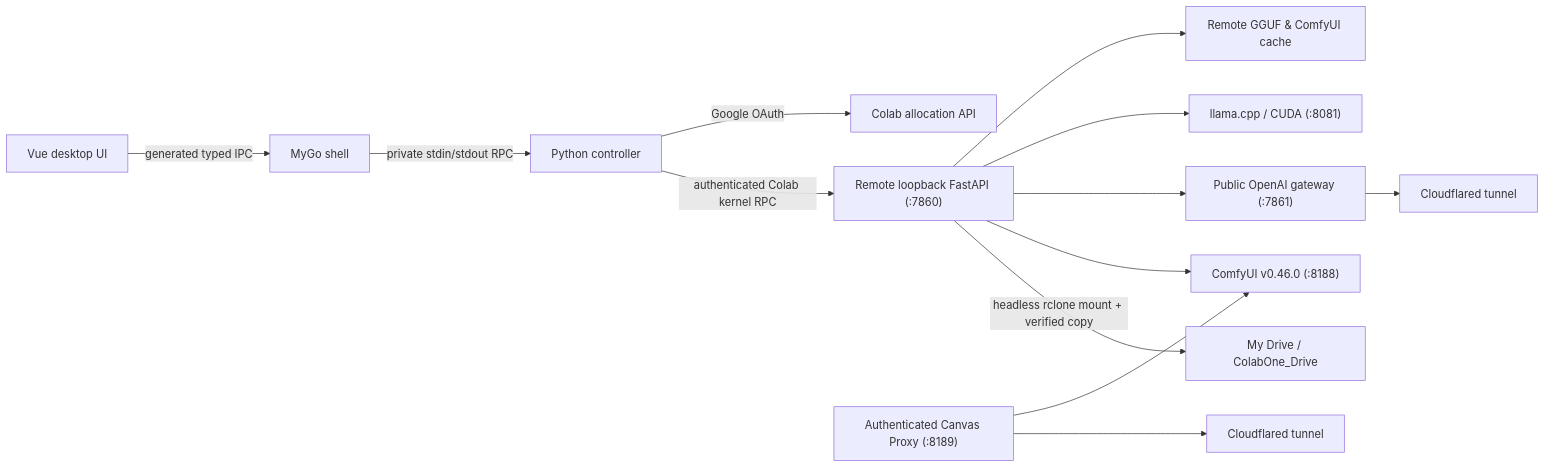
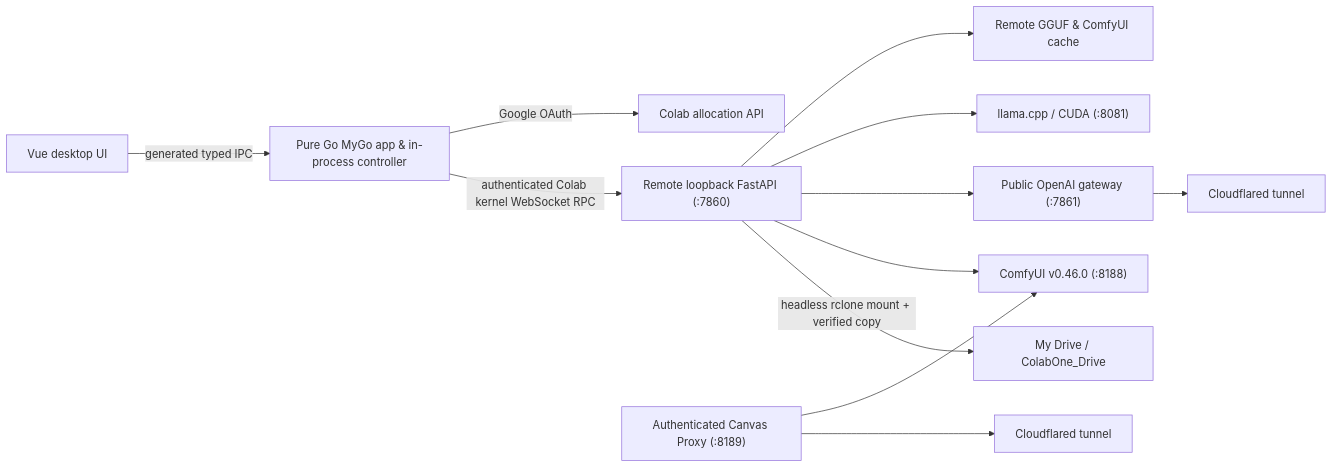
Before and after one commit to luolongfei/ColabOne: the diagram in docs/architecture.md, drawn with Mermaid. The commit also changed other lines of this file and 154 other files, not shown here.

First line of the commit message:
refactor: migrate desktop client to pure Go single binary with MyGo v0.10.0

````diff
--- a/docs/architecture.md
+++ b/docs/architecture.md
@@ -3,15 +3,14 @@
 ```mermaid
 flowchart LR
-  UI[Vue desktop UI] -->|generated typed IPC| Go[MyGo shell]
-  Go -->|private stdin/stdout RPC| Bridge[Python controller]
-  Bridge -->|Google OAuth| Colab[Colab allocation API]
-  Bridge -->|authenticated Colab kernel RPC| API["Remote loopback FastAPI (:7860)"]
+  UI[Vue desktop UI] -->|generated typed IPC| Go["Pure Go MyGo app & in-process controller"]
+  Go -->|Google OAuth| Colab[Colab allocation API]
+  Go -->|authenticated Colab kernel WebSocket RPC| API["Remote loopback FastAPI (:7860)"]
   API --> Cache[Remote GGUF & ComfyUI cache]
   API --> Llama["llama.cpp / CUDA (:8081)"]
   API --> PublicAPI["Public OpenAI gateway (:7861)"]
   PublicAPI --> CF1[Cloudflared tunnel]
   API --> Comfy["ComfyUI v0.46.0 (:8188)"]
   ComfyProxy["Authenticated Canvas Proxy (:8189)"] --> Comfy
   ComfyProxy --> CF2[Cloudflared tunnel]
   API -->|headless rclone mount + verified copy| Drive[My Drive / ColabOne_Drive]
 ```
````
